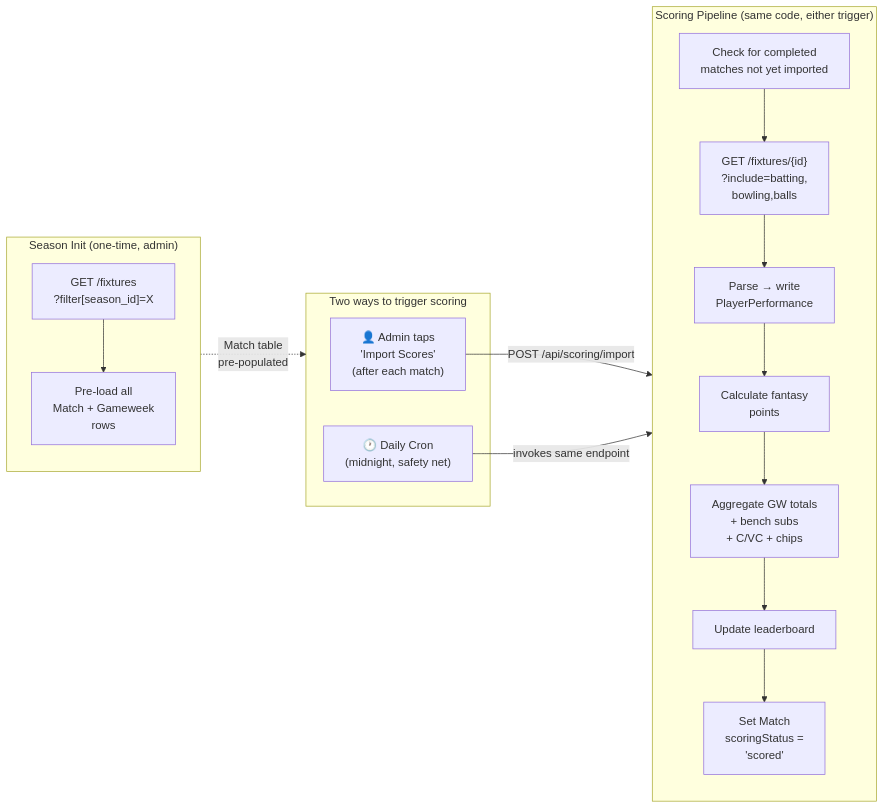
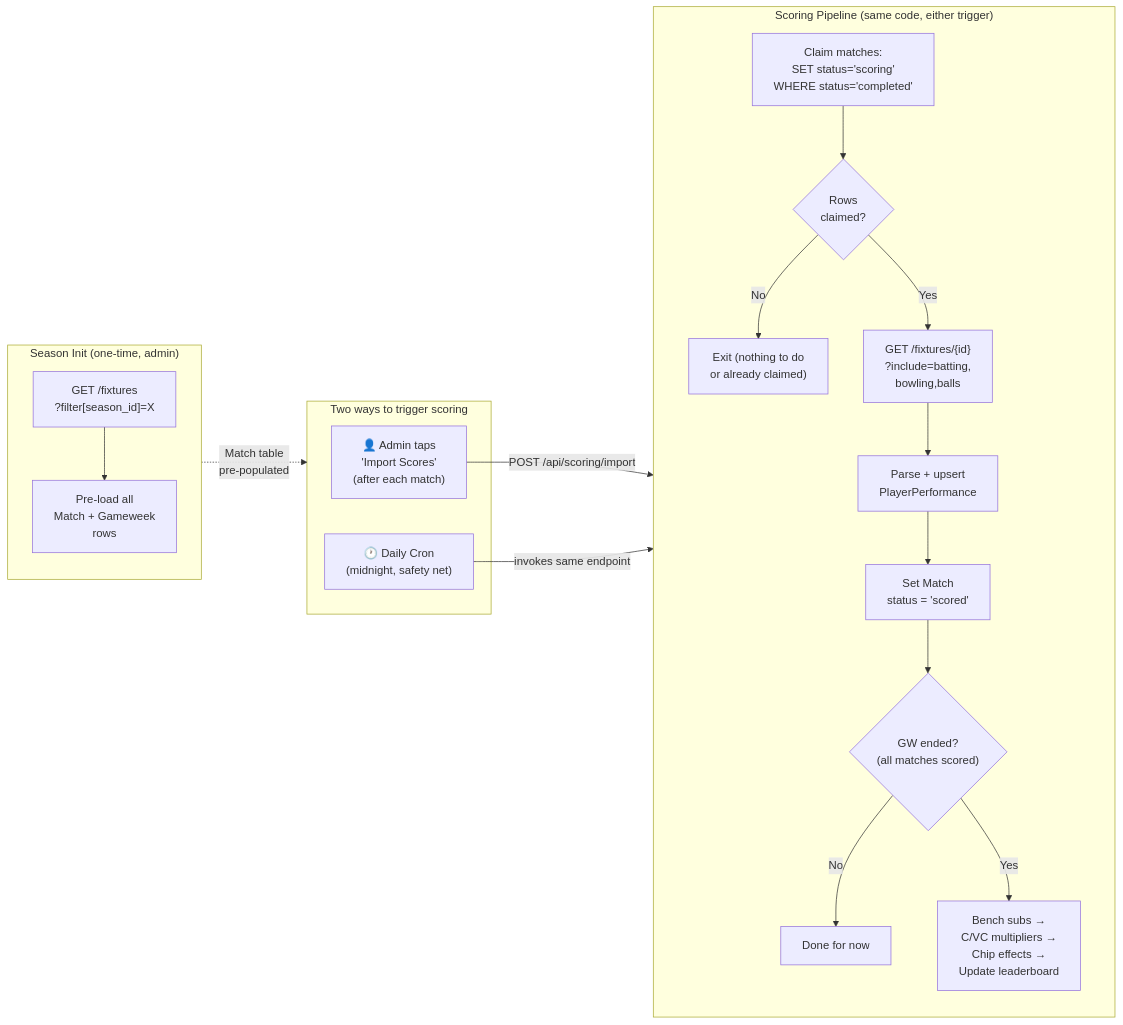
The second of 2 diagrams in docs/superpowers/specs/2026-03-15-fal-technical-architecture.md (viiveek83/fal), drawn with Mermaid before and after one commit. The commit also changed other lines of this file and 1 other file, not shown here.

First line of the commit message:
Fix architectural issues from staff engineer review

````diff
--- a/docs/superpowers/specs/2026-03-15-fal-technical-architecture.md
+++ b/docs/superpowers/specs/2026-03-15-fal-technical-architecture.md
@@ -67,24 +66,26 @@
 ```mermaid
 flowchart LR
     subgraph Init["Season Init (one-time, admin)"]
         S1["GET /fixtures<br/>?filter[season_id]=X"] --> S2["Pre-load all<br/>Match + Gameweek<br/>rows"]
     end
 
     subgraph Trigger["Two ways to trigger scoring"]
         T1["👤 Admin taps<br/>'Import Scores'<br/>(after each match)"]
         T2["🕐 Daily Cron<br/>(midnight, safety net)"]
     end
 
     subgraph Pipeline["Scoring Pipeline (same code, either trigger)"]
-        A["Check for completed<br/>matches not yet imported"] --> B["GET /fixtures/{id}<br/>?include=batting,<br/>bowling,balls"]
-        B --> C["Parse → write<br/>PlayerPerformance"]
-        C --> D["Calculate fantasy<br/>points"]
-        D --> E["Aggregate GW totals<br/>+ bench subs<br/>+ C/VC + chips"]
-        E --> F["Update leaderboard"]
-        F --> G["Set Match<br/>scoringStatus =<br/>'scored'"]
+        A["Claim matches:<br/>SET status='scoring'<br/>WHERE status='completed'"] --> A1{"Rows<br/>claimed?"}
+        A1 -->|No| Z["Exit (nothing to do<br/>or already claimed)"]
+        A1 -->|Yes| B["GET /fixtures/{id}<br/>?include=batting,<br/>bowling,balls"]
+        B --> C["Parse + upsert<br/>PlayerPerformance"]
+        C --> D["Set Match<br/>status = 'scored'"]
+        D --> E{"GW ended?<br/>(all matches scored)"}
+        E -->|No| Z2["Done for now"]
+        E -->|Yes| F["Bench subs →<br/>C/VC multipliers →<br/>Chip effects →<br/>Update leaderboard"]
     end
 
     Init -.->|"Match table<br/>pre-populated"| Trigger
     T1 -->|"POST /api/scoring/import"| Pipeline
     T2 -->|"invokes same endpoint"| Pipeline
 ```
````
